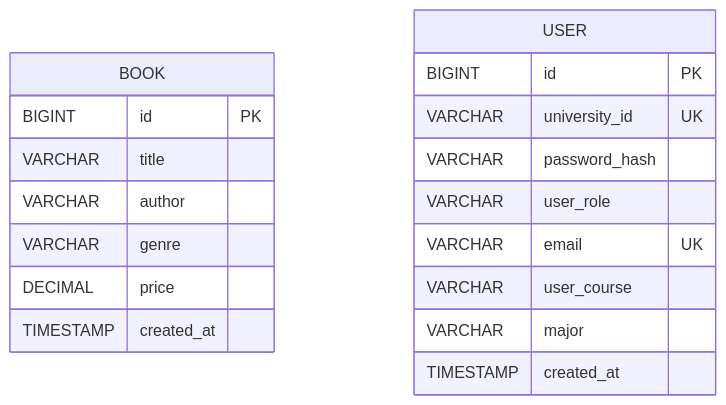
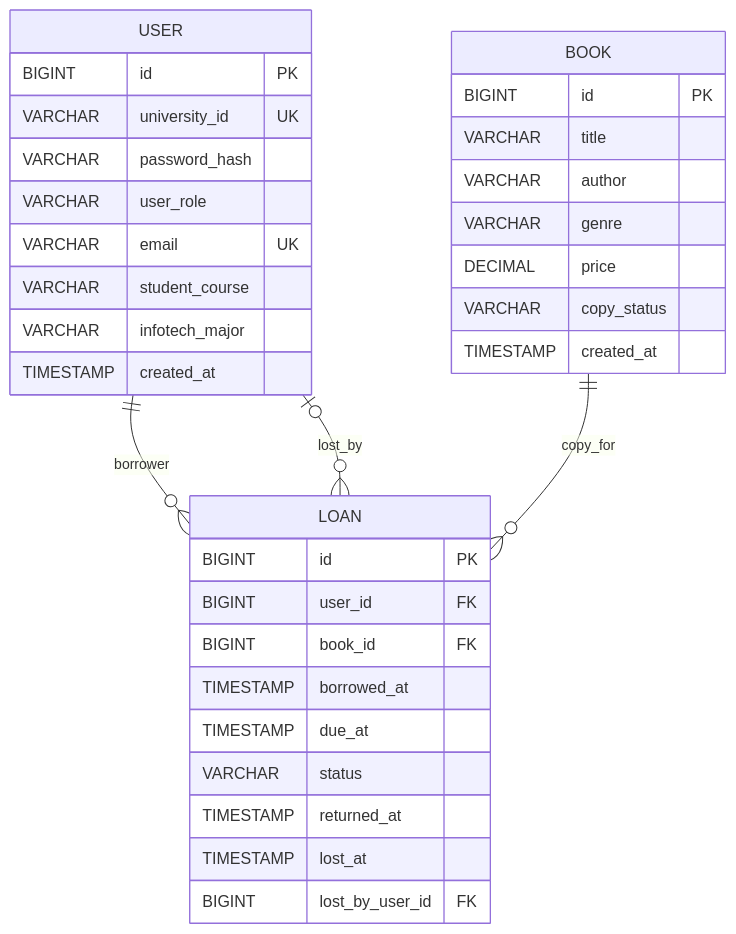
One commit to zqf20096327/dbhub_collect changed the fourth of 6 diagrams in data/readmes/kyledelfin2006__libro-library-system.md. Above: the diagram before and after it, drawn with Mermaid. The commit also changed other lines of this file and 523 other files, not shown here.

````diff
--- a/data/readmes/kyledelfin2006__libro-library-system.md
+++ b/data/readmes/kyledelfin2006__libro-library-system.md
@@ -202,21 +218,36 @@
 ```mermaid
 erDiagram
+    USER ||--o{ LOAN : borrower
+    USER o|--o{ LOAN : lost_by
+    BOOK ||--o{ LOAN : copy_for
     BOOK {
         BIGINT id PK
         VARCHAR title
         VARCHAR author
         VARCHAR genre
         DECIMAL price
+        VARCHAR copy_status
         TIMESTAMP created_at
     }
     USER {
         BIGINT id PK
         VARCHAR university_id UK
         VARCHAR password_hash
         VARCHAR user_role
         VARCHAR email UK
-        VARCHAR user_course
-        VARCHAR major
+        VARCHAR student_course
+        VARCHAR infotech_major
         TIMESTAMP created_at
     }
+    LOAN {
+        BIGINT id PK
+        BIGINT user_id FK
+        BIGINT book_id FK
+        TIMESTAMP borrowed_at
+        TIMESTAMP due_at
+        VARCHAR status
+        TIMESTAMP returned_at
+        TIMESTAMP lost_at
+        BIGINT lost_by_user_id FK
+    }
 ```
````
